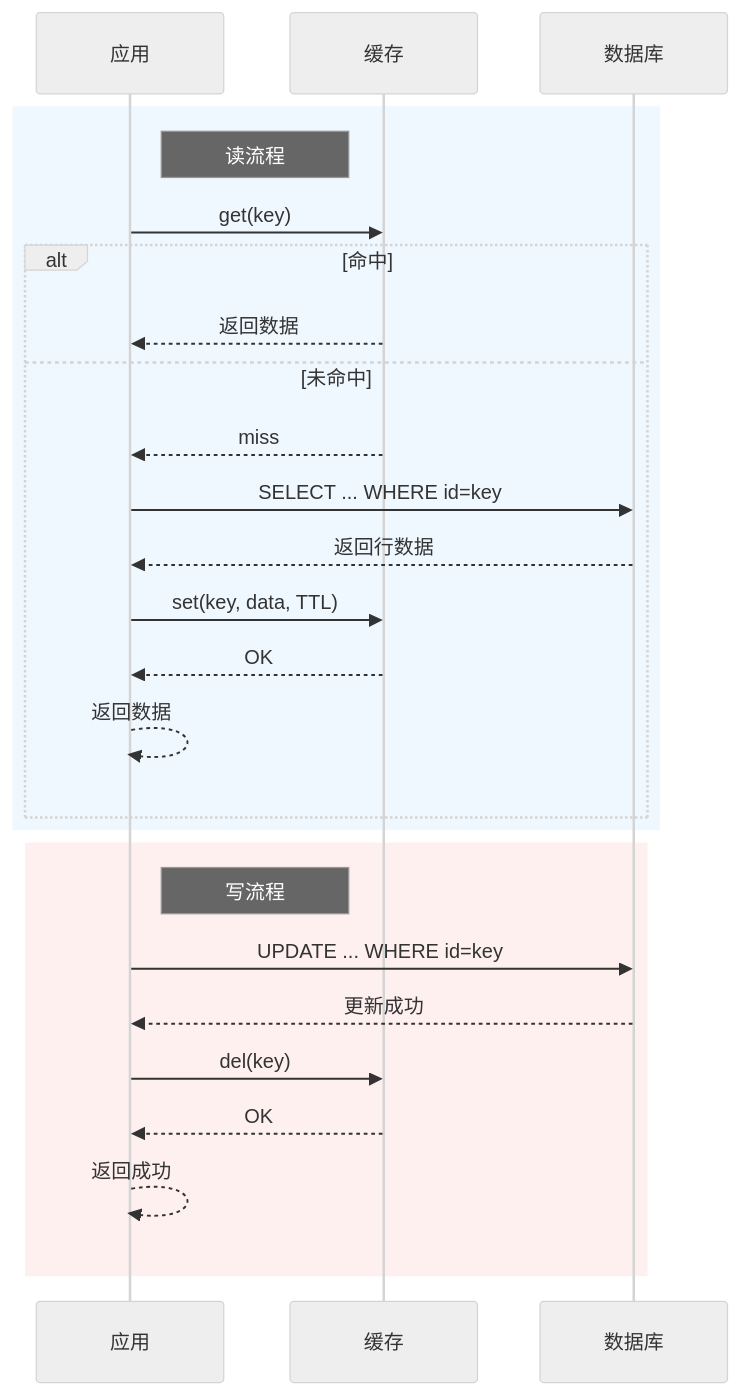
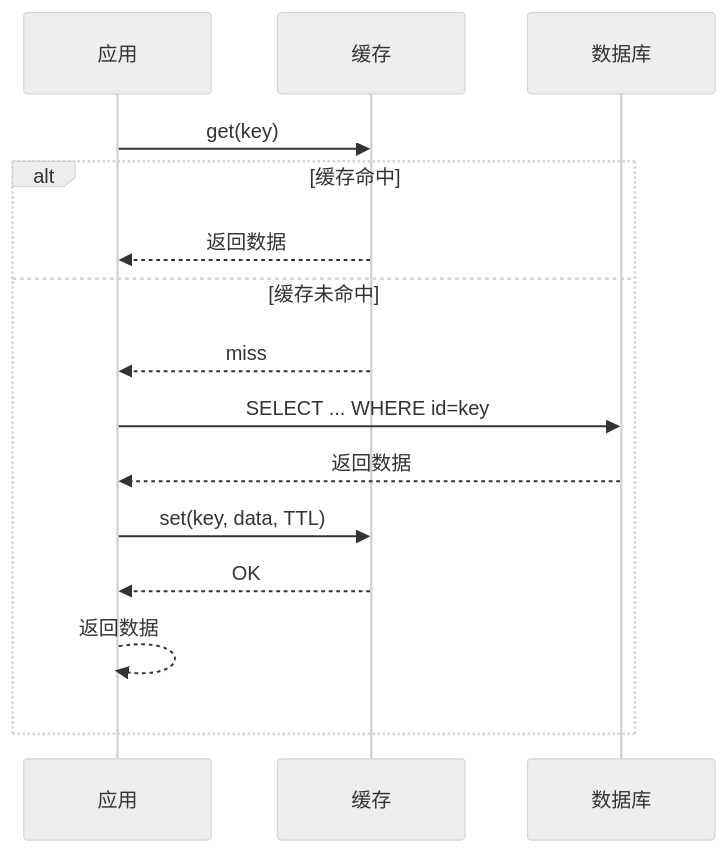
Before and after one commit to Tomatos03/my-blog: the first of 6 diagrams in docs/nav/fundamentals/cache/index.md, drawn with Mermaid (neutral theme). The commit also changed other lines of this file, not shown here.

First line of the commit message:
chore(cache): 调整cache专题内容

````diff
--- a/docs/nav/fundamentals/cache/index.md
+++ b/docs/nav/fundamentals/cache/index.md
@@ -30,31 +18,18 @@
 ```mermaid
-%% 旁路缓存（Cache-Aside）时序图
 sequenceDiagram
     participant App as 应用
     participant Cache as 缓存
     participant DB as 数据库
 
-    rect rgb(240,248,255)
-    note right of App: 读流程
     App->>Cache: get(key)
-    alt 命中
+    alt 缓存命中
         Cache-->>App: 返回数据
-    else 未命中
+    else 缓存未命中
         Cache-->>App: miss
         App->>DB: SELECT ... WHERE id=key
-        DB-->>App: 返回行数据
+        DB-->>App: 返回数据
         App->>Cache: set(key, data, TTL)
         Cache-->>App: OK
         App-->>App: 返回数据
     end
-    end
-
-    rect rgb(255,240,240)
-    note right of App: 写流程
-    App->>DB: UPDATE ... WHERE id=key
-    DB-->>App: 更新成功
-    App->>Cache: del(key)
-    Cache-->>App: OK
-    App-->>App: 返回成功
-    end
 ```
````
